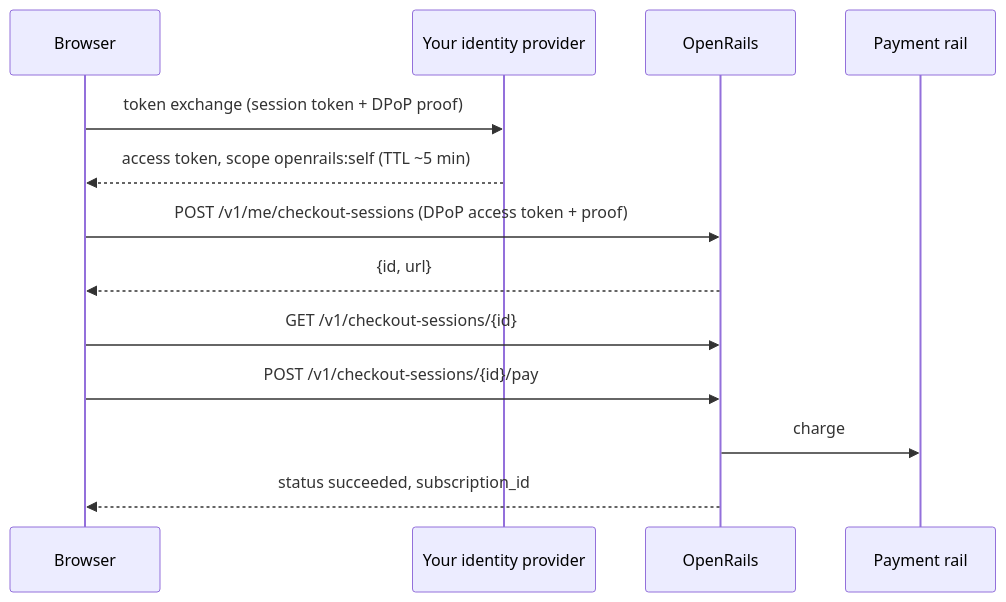
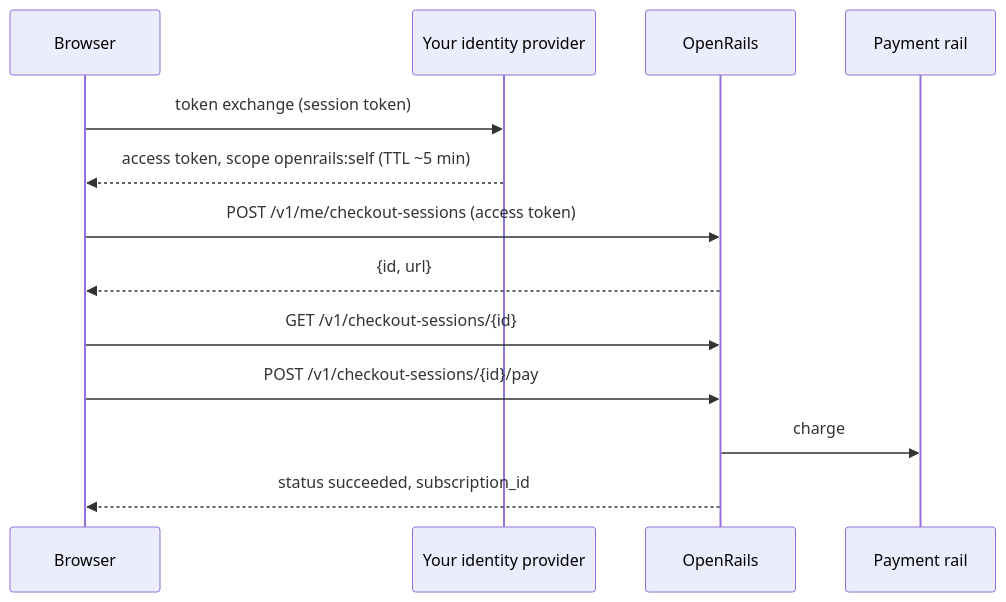
Before and after one commit to open-rails/openrails: the diagram in docs/frontend-integration.md, drawn with Mermaid. The commit also changed other lines of this file and 18 other files, not shown here.

````diff
--- a/docs/frontend-integration.md
+++ b/docs/frontend-integration.md
@@ -232,15 +230,15 @@
 ```mermaid
 sequenceDiagram
     participant B as Browser
     participant Y as Your identity provider
     participant O as OpenRails
     participant P as Payment rail
-    B->>Y: token exchange (session token + DPoP proof)
+    B->>Y: token exchange (session token)
     Y-->>B: access token, scope openrails:self (TTL ~5 min)
-    B->>O: POST /v1/me/checkout-sessions (DPoP access token + proof)
+    B->>O: POST /v1/me/checkout-sessions (access token)
     O-->>B: {id, url}
     B->>O: GET /v1/checkout-sessions/{id}
     B->>O: POST /v1/checkout-sessions/{id}/pay
     O->>P: charge
     O-->>B: status succeeded, subscription_id
 ```
````
